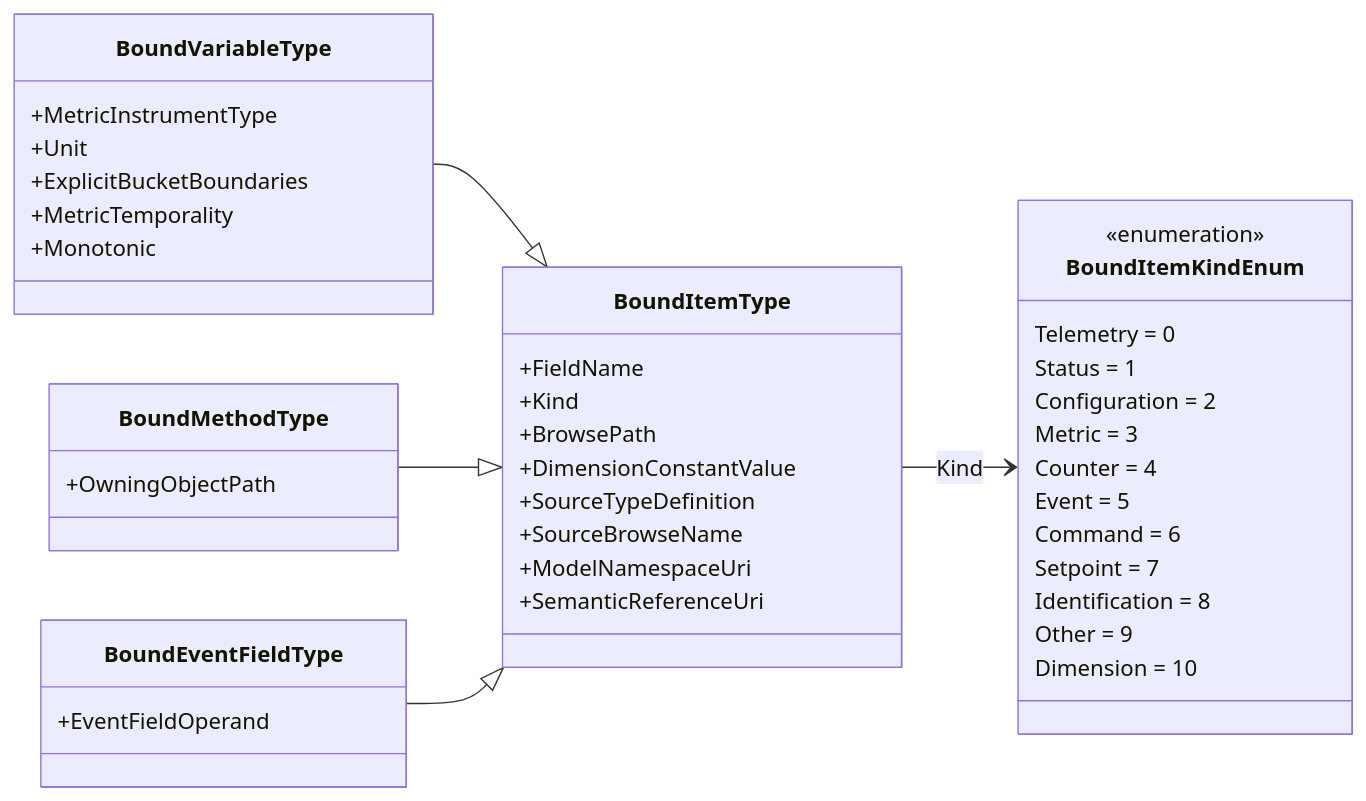
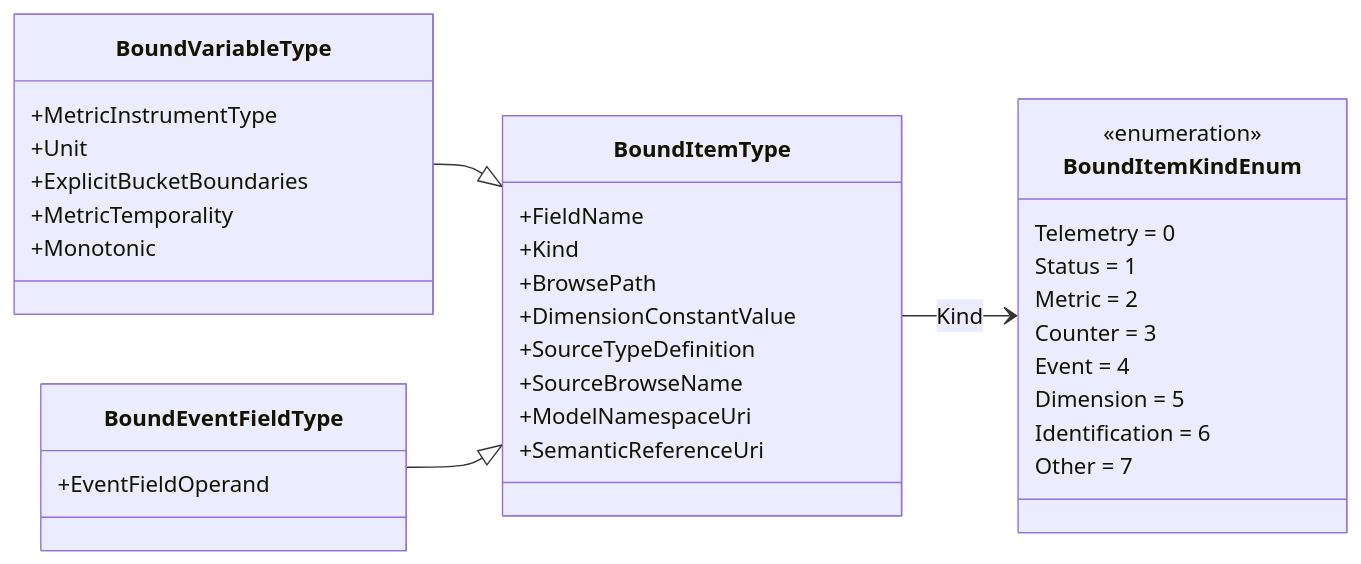
The third of 5 diagrams in core-specs/observability-export/OPC-UA-Observability-Export.md (marcschier/opcua-drafts), drawn with Mermaid before and after one commit. The commit also changed other lines of this file and 3 other files, not shown here.

````diff
--- a/core-specs/observability-export/OPC-UA-Observability-Export.md
+++ b/core-specs/observability-export/OPC-UA-Observability-Export.md
@@ -309,47 +212,38 @@
 ```mermaid
 classDiagram
   direction LR
-
   class BoundItemType {
     +FieldName
     +Kind
     +BrowsePath
     +DimensionConstantValue
     +SourceTypeDefinition
     +SourceBrowseName
     +ModelNamespaceUri
     +SemanticReferenceUri
   }
   class BoundVariableType {
     +MetricInstrumentType
     +Unit
     +ExplicitBucketBoundaries
     +MetricTemporality
     +Monotonic
   }
-  class BoundMethodType {
-    +OwningObjectPath
-  }
   class BoundEventFieldType {
     +EventFieldOperand
   }
   class BoundItemKindEnum {
     <<enumeration>>
     Telemetry = 0
     Status = 1
-    Configuration = 2
-    Metric = 3
-    Counter = 4
-    Event = 5
-    Command = 6
-    Setpoint = 7
-    Identification = 8
-    Other = 9
-    Dimension = 10
+    Metric = 2
+    Counter = 3
+    Event = 4
+    Dimension = 5
+    Identification = 6
+    Other = 7
   }
-
   BoundVariableType --|> BoundItemType
-  BoundMethodType --|> BoundItemType
   BoundEventFieldType --|> BoundItemType
   BoundItemType --> BoundItemKindEnum : Kind
 ```
````
